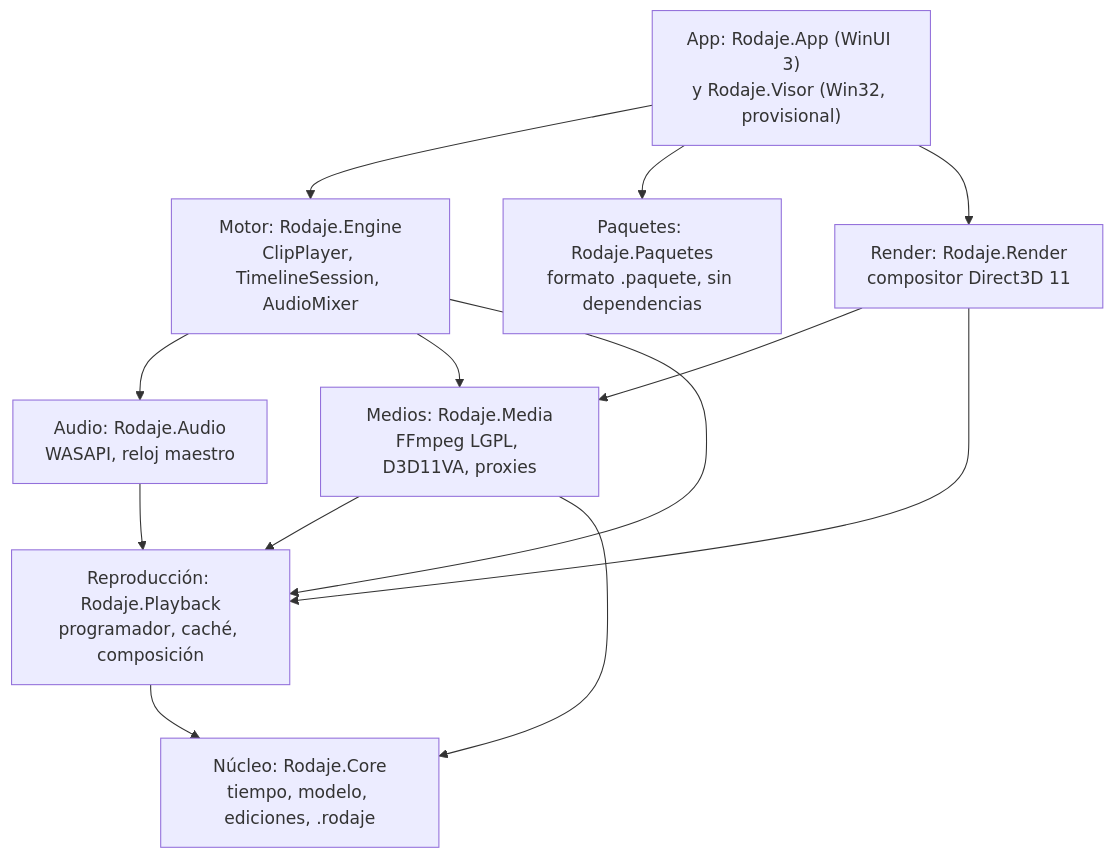
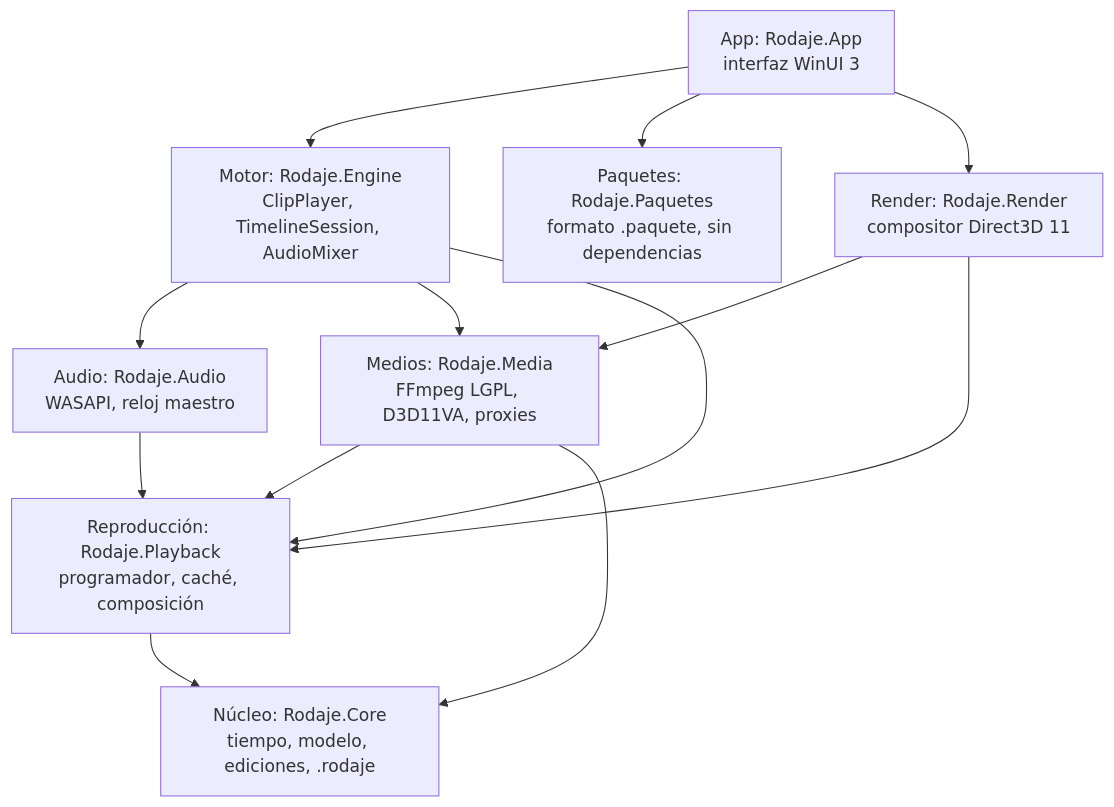
The diagram in docs/arquitectura/README.md (Dathinel/rodaje), drawn with Mermaid before and after one commit. The commit also changed other lines of this file and 37 other files, not shown here.

First line of the commit message:
Retira el visor Win32 de las fases 2 y 3

````diff
--- a/docs/arquitectura/README.md
+++ b/docs/arquitectura/README.md
@@ -5,23 +5,23 @@
 ```mermaid
 flowchart TB
-    App["App: Rodaje.App (WinUI 3)<br/>y Rodaje.Visor (Win32, provisional)"]
+    App["App: Rodaje.App<br/>interfaz WinUI 3"]
     Engine["Motor: Rodaje.Engine<br/>ClipPlayer, TimelineSession, AudioMixer"]
     Render["Render: Rodaje.Render<br/>compositor Direct3D 11"]
     Audio["Audio: Rodaje.Audio<br/>WASAPI, reloj maestro"]
     Media["Medios: Rodaje.Media<br/>FFmpeg LGPL, D3D11VA, proxies"]
     Playback["Reproducción: Rodaje.Playback<br/>programador, caché, composición"]
     Core["Núcleo: Rodaje.Core<br/>tiempo, modelo, ediciones, .rodaje"]
     Paquetes["Paquetes: Rodaje.Paquetes<br/>formato .paquete, sin dependencias"]
     App --> Engine
     App --> Paquetes
     App --> Render
     Engine --> Audio
     Engine --> Media
     Engine --> Playback
     Render --> Media
     Render --> Playback
     Audio --> Playback
     Media --> Playback
     Media --> Core
     Playback --> Core
 ```
````
